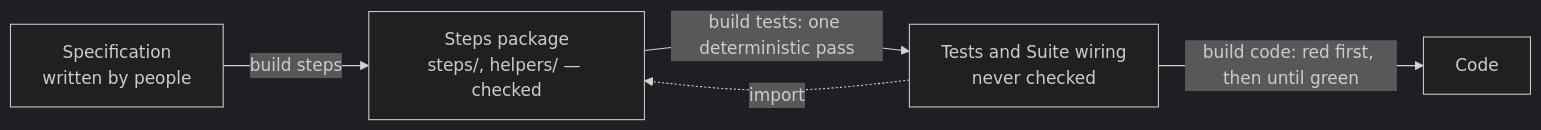
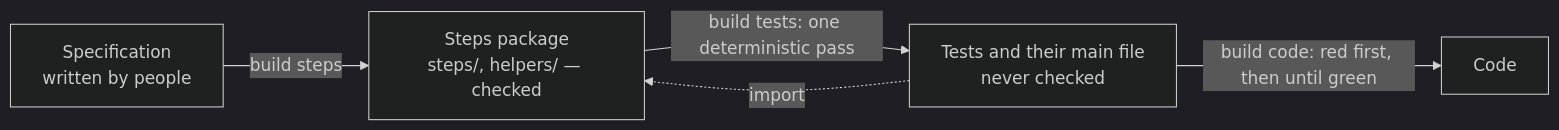
Before and after one commit to ondatra-ai/true-bdd: the diagram in docs/adr/0040-steps-first-then-tests-then-code.md, drawn with Mermaid (dark theme). The commit also changed other lines of this file and 4 other files, not shown here.

First line of the commit message:
Record Q20 to Q23: no fix path for a green test, the tests' main file, and #293's tickets

````diff
--- a/docs/adr/0040-steps-first-then-tests-then-code.md
+++ b/docs/adr/0040-steps-first-then-tests-then-code.md
@@ -12,7 +12,7 @@
 ```mermaid
 flowchart LR
   SPEC["Specification<br/>written by people"] -->|build steps| STEPS["Steps package<br/>steps/, helpers/ — checked"]
-  STEPS -->|build tests: one deterministic pass| TESTS["Tests and Suite wiring<br/>never checked"]
+  STEPS -->|build tests: one deterministic pass| TESTS["Tests and their main file<br/>never checked"]
   TESTS -.->|import| STEPS
   TESTS -->|build code: red first, then until green| CODE["Code"]
 ```
````
